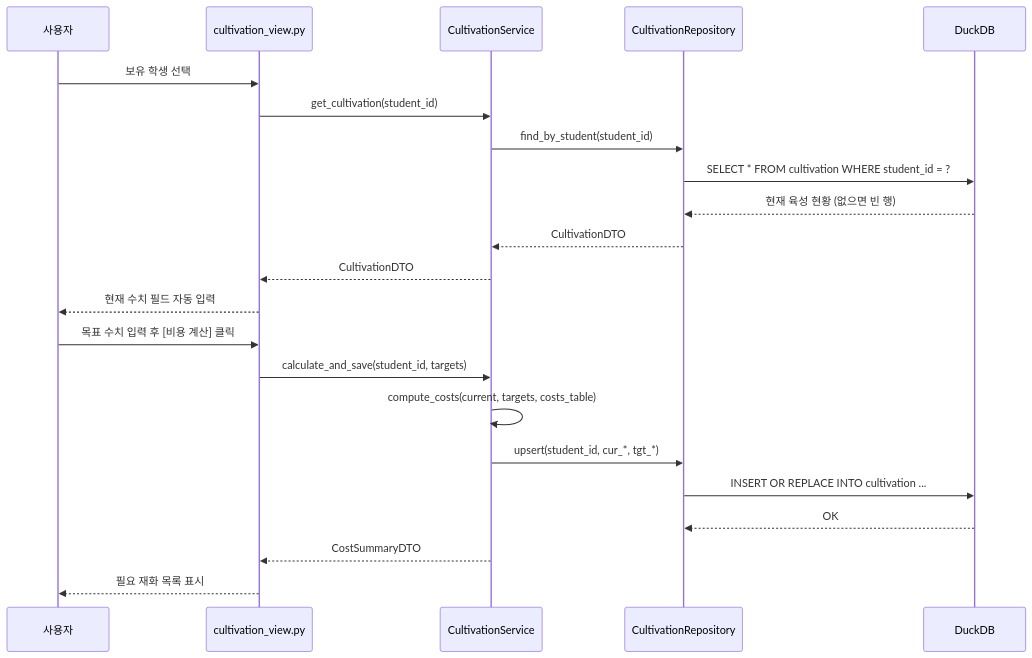
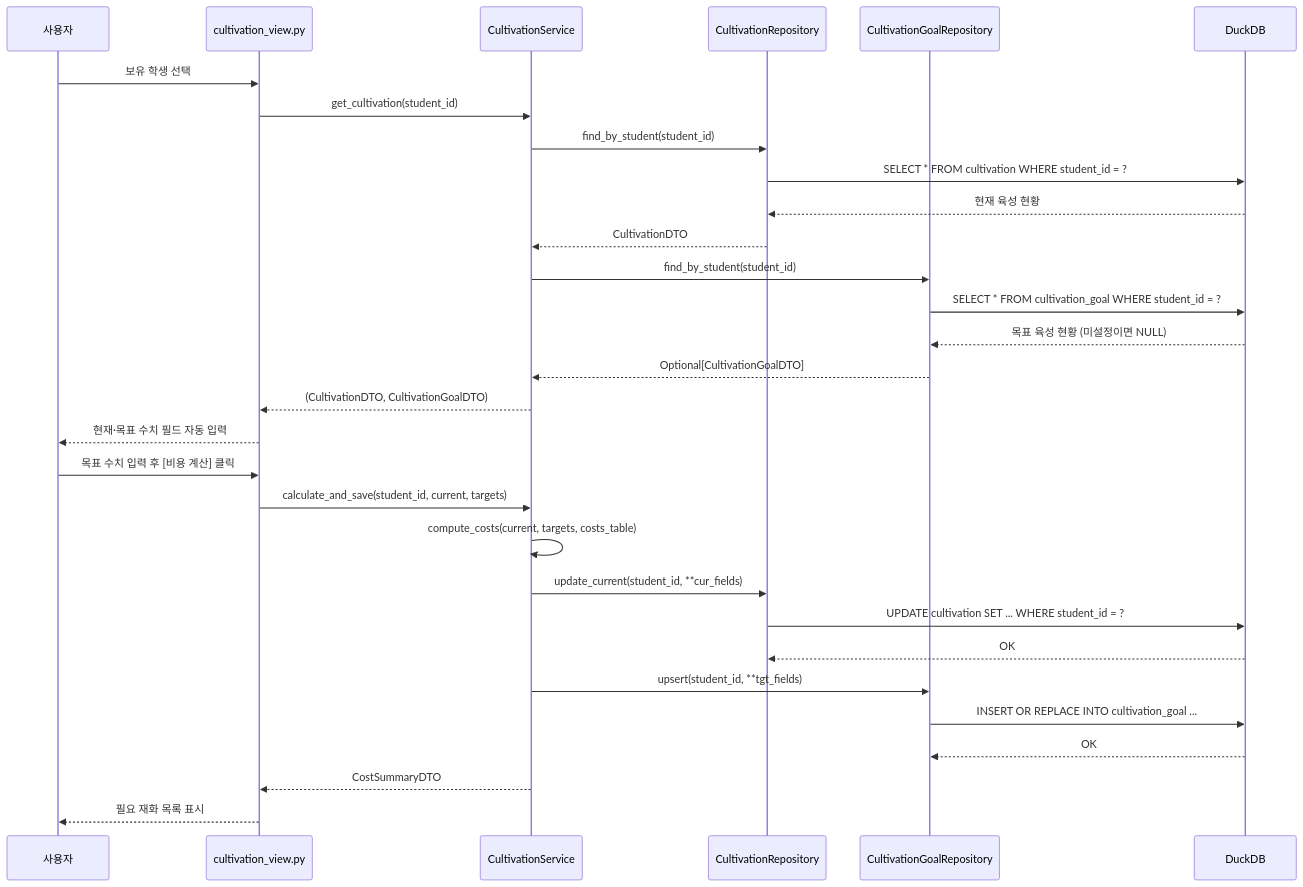
The fifth of 5 diagrams in 설계서_초안.md (dngur521/blue-archive-db-project), drawn with Mermaid before and after one commit. The commit also changed other lines of this file and 2 other files, not shown here.

Commit message:
📝 docs: 시퀀스 다이어그램 Use Case 번호 정합성 수정
- Section 7 다이어그램 제목을 Use Case 3.1/3.1.1/3.2·3.2.1/3.3/3.3.1·3.3.2에 1:1 대응
- 7.5: CultivationRepository·CultivationGoalRepository 분리 명시
- CLAUDE.md에 7.1~7.5 Use Case 대응 목록 추가

````diff
--- a/설계서_초안.md
+++ b/설계서_초안.md
@@ -648,26 +648,34 @@
 ```mermaid
 sequenceDiagram
     participant 사용자
     participant View as cultivation_view.py
     participant Service as CultivationService
     participant CultivRepo as CultivationRepository
+    participant GoalRepo as CultivationGoalRepository
     participant DB as DuckDB
 
     사용자->>View: 보유 학생 선택
     View->>Service: get_cultivation(student_id)
     Service->>CultivRepo: find_by_student(student_id)
     CultivRepo->>DB: SELECT * FROM cultivation WHERE student_id = ?
-    DB-->>CultivRepo: 현재 육성 현황 (없으면 빈 행)
+    DB-->>CultivRepo: 현재 육성 현황
     CultivRepo-->>Service: CultivationDTO
-    Service-->>View: CultivationDTO
-    View-->>사용자: 현재 수치 필드 자동 입력
+    Service->>GoalRepo: find_by_student(student_id)
+    GoalRepo->>DB: SELECT * FROM cultivation_goal WHERE student_id = ?
+    DB-->>GoalRepo: 목표 육성 현황 (미설정이면 NULL)
+    GoalRepo-->>Service: Optional[CultivationGoalDTO]
+    Service-->>View: (CultivationDTO, CultivationGoalDTO)
+    View-->>사용자: 현재·목표 수치 필드 자동 입력
 
     사용자->>View: 목표 수치 입력 후 [비용 계산] 클릭
-    View->>Service: calculate_and_save(student_id, targets)
+    View->>Service: calculate_and_save(student_id, current, targets)
     Service->>Service: compute_costs(current, targets, costs_table)
-    Service->>CultivRepo: upsert(student_id, cur_*, tgt_*)
-    CultivRepo->>DB: INSERT OR REPLACE INTO cultivation ...
+    Service->>CultivRepo: update_current(student_id, **cur_fields)
+    CultivRepo->>DB: UPDATE cultivation SET ... WHERE student_id = ?
     DB-->>CultivRepo: OK
+    Service->>GoalRepo: upsert(student_id, **tgt_fields)
+    GoalRepo->>DB: INSERT OR REPLACE INTO cultivation_goal ...
+    DB-->>GoalRepo: OK
     Service-->>View: CostSummaryDTO
     View-->>사용자: 필요 재화 목록 표시
 ```
````
